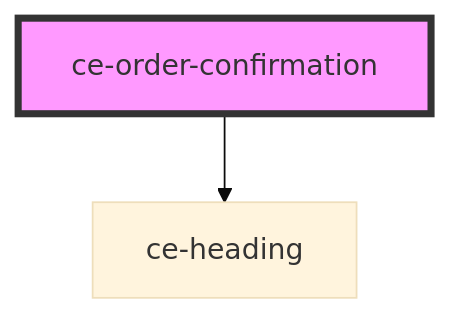
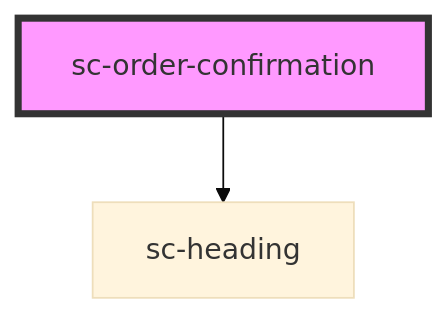
Before and after one commit to surecart/surecart-wp-plugin: the diagram in packages/components/src/components/controllers/confirmation/order-confirmation/readme.md, drawn with Mermaid (base theme). The commit also changed other lines of this file and 1281 other files, not shown here.

````diff
--- a/packages/components/src/components/controllers/confirmation/order-confirmation/readme.md
+++ b/packages/components/src/components/controllers/confirmation/order-confirmation/readme.md
@@ -22,5 +22,5 @@
 ```mermaid
 graph TD;
-  ce-order-confirmation --> ce-heading
-  style ce-order-confirmation fill:#f9f,stroke:#333,stroke-width:4px
+  sc-order-confirmation --> sc-heading
+  style sc-order-confirmation fill:#f9f,stroke:#333,stroke-width:4px
 ```
````
